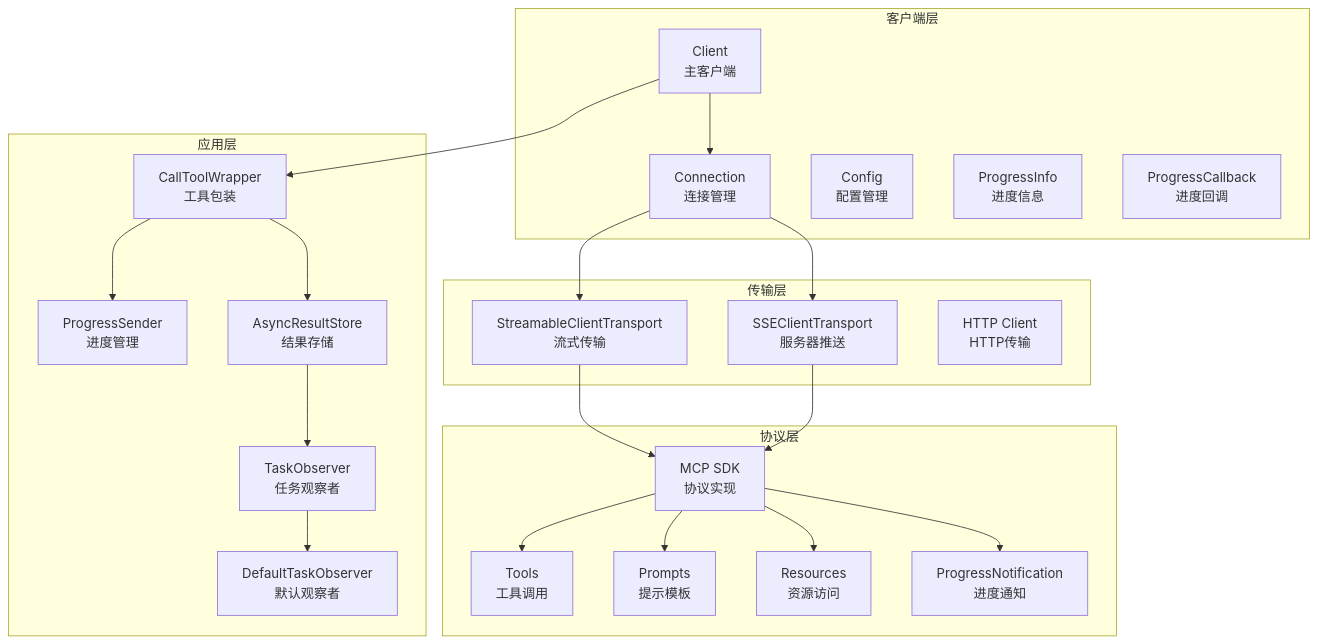
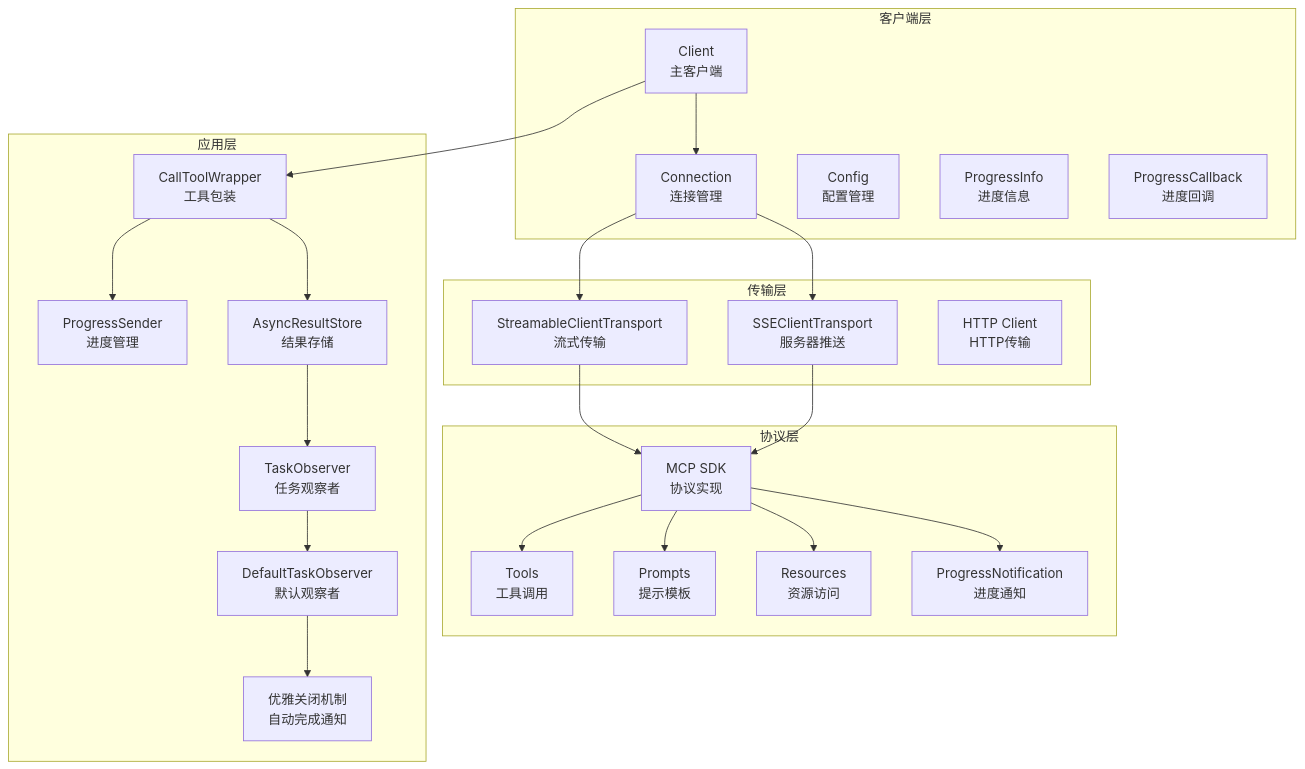
The second of 17 diagrams in .qoder/repowiki/zh/content/Mcpx客户端包.md (maomao94/zero-service), drawn with Mermaid before and after one commit. The commit also changed other lines of this file and 48 other files, not shown here.

````diff
--- a/.qoder/repowiki/zh/content/Mcpx客户端包.md
+++ b/.qoder/repowiki/zh/content/Mcpx客户端包.md
@@ -142,43 +138,45 @@
 ```mermaid
 graph TB
 subgraph "客户端层"
 A[Client<br/>主客户端]
 B[Connection<br/>连接管理]
 C[Config<br/>配置管理]
 D[ProgressInfo<br/>进度信息]
 E[ProgressCallback<br/>进度回调]
 end
 subgraph "传输层"
 F[StreamableClientTransport<br/>流式传输]
 G[SSEClientTransport<br/>服务器推送]
 H[HTTP Client<br/>HTTP传输]
 end
 subgraph "协议层"
 I[MCP SDK<br/>协议实现]
 J[Tools<br/>工具调用]
 K[Prompts<br/>提示模板]
 L[Resources<br/>资源访问]
 M[ProgressNotification<br/>进度通知]
 end
 subgraph "应用层"
 N[CallToolWrapper<br/>工具包装]
 O[ProgressSender<br/>进度管理]
 P[AsyncResultStore<br/>结果存储]
 Q[TaskObserver<br/>任务观察者]
 R[DefaultTaskObserver<br/>默认观察者]
+S[优雅关闭机制<br/>自动完成通知]
 end
 A --> B
 B --> F
 B --> G
 F --> I
 G --> I
 I --> J
 I --> K
 I --> L
 I --> M
 A --> N
 N --> O
 N --> P
 P --> Q
 Q --> R
+R --> S
 ```
````
